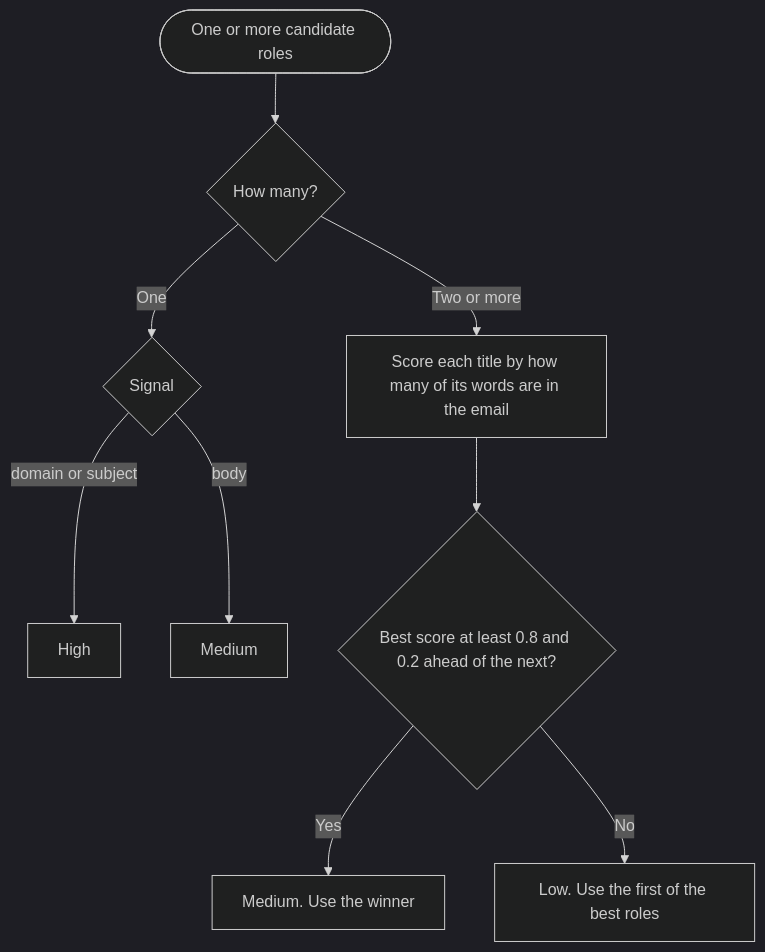
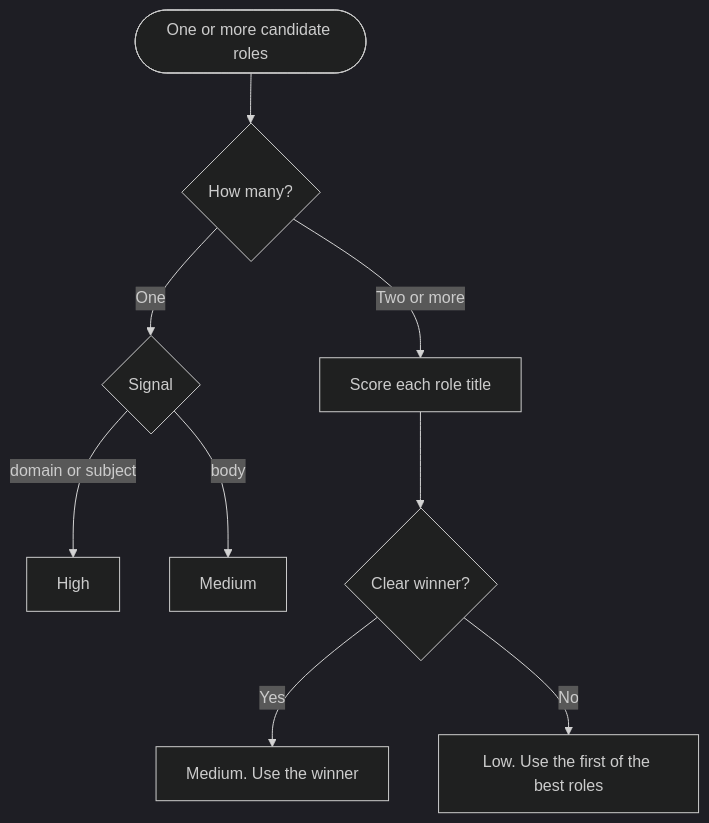
One commit to nikhil-tuli/job-search-tool changed the seventh of 11 diagrams in docs/EMAIL_SYNC_REQUIREMENTS.md. Above: the diagram before and after it, drawn with Mermaid (dark theme). The commit also changed other lines of this file, not shown here.

First line of the commit message:
Email Sync doc: fix the five-checks wording, explain title, stuck, confidence and retry wait

````diff
--- a/docs/EMAIL_SYNC_REQUIREMENTS.md
+++ b/docs/EMAIL_SYNC_REQUIREMENTS.md
@@ -221,11 +229,11 @@
 ```mermaid
 flowchart TD
     A(["One or more candidate roles"]) --> B{"How many?"}
     B -- "One" --> C{"Signal"}
     C -- "domain or subject" --> H["High"]
     C -- "body" --> M["Medium"]
-    B -- "Two or more" --> D["Score each title by how many of its words are in the email"]
-    D --> E{"Best score at least 0.8 and 0.2 ahead of the next?"}
+    B -- "Two or more" --> D["Score each role title"]
+    D --> E{"Clear winner?"}
     E -- Yes --> M2["Medium. Use the winner"]
     E -- No --> L["Low. Use the first of the best roles"]
 ```
````
